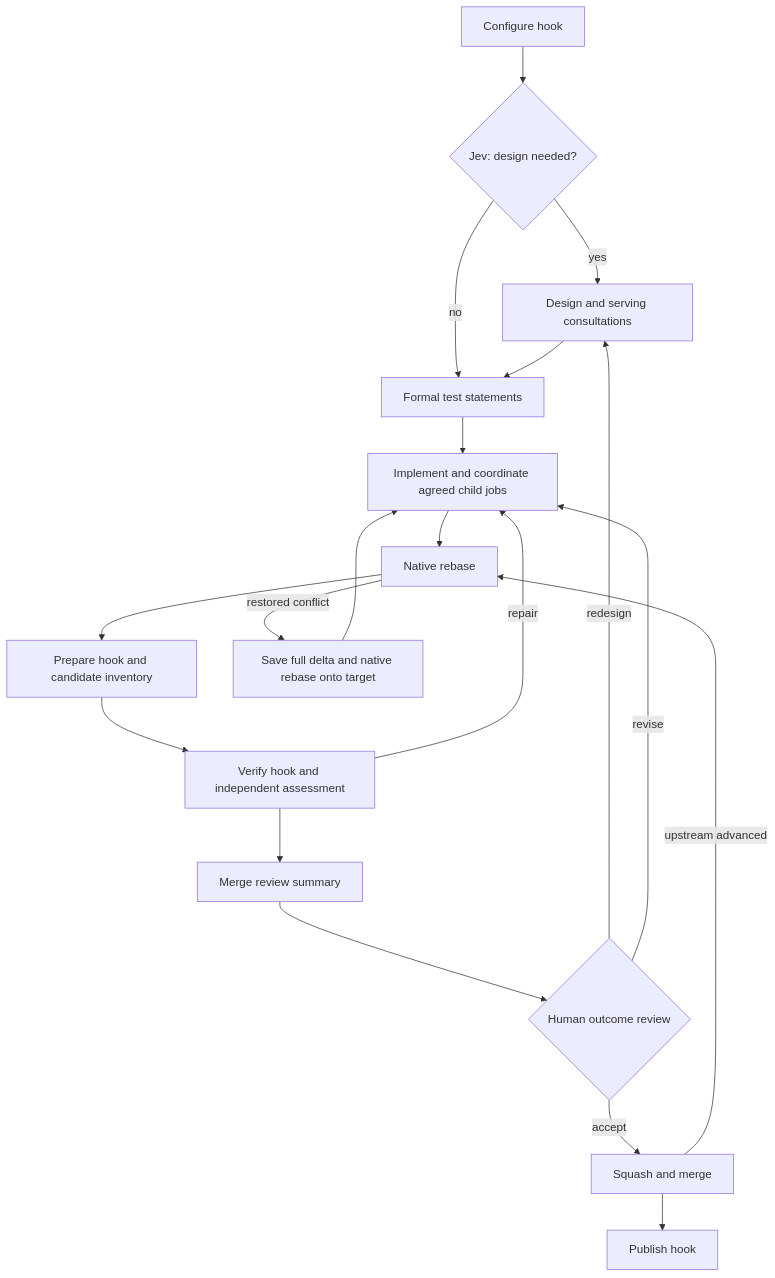
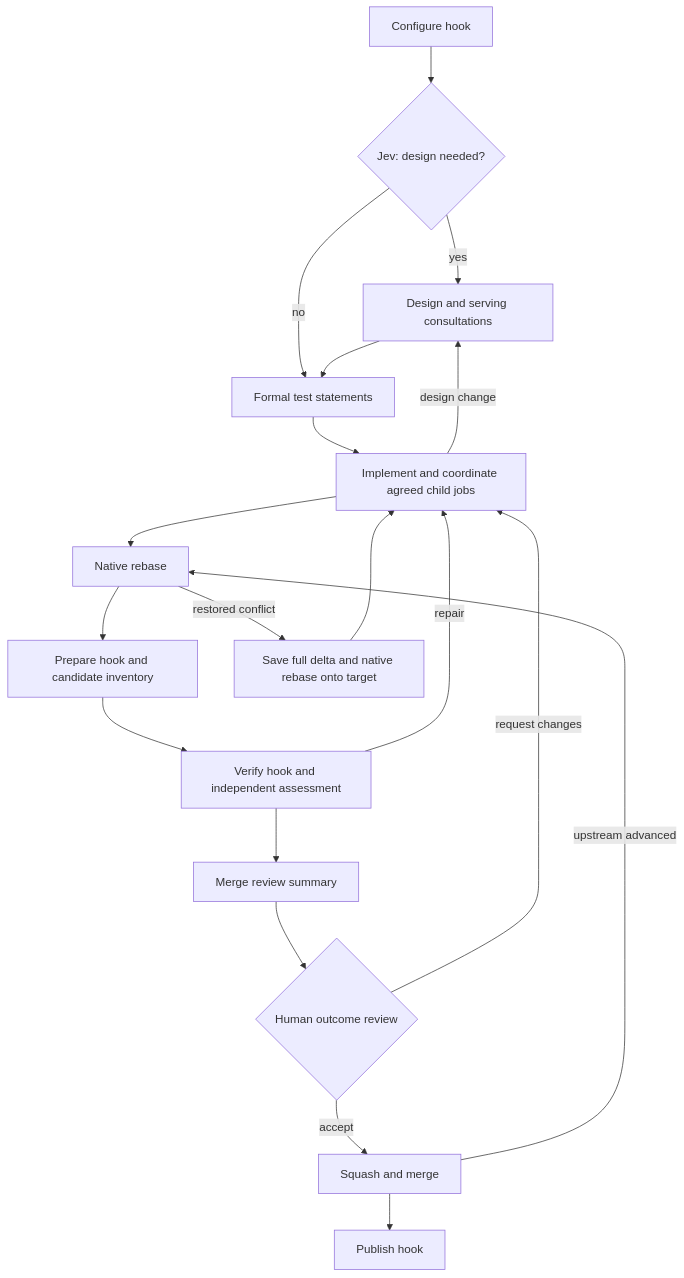
One commit to colony-2/recipes changed the diagram in recipes/adaptive/README.md. Above: the diagram before and after it, drawn with Mermaid. The commit also changed other lines of this file and 85 other files, not shown here.

````diff
--- a/recipes/adaptive/README.md
+++ b/recipes/adaptive/README.md
@@ -11,21 +16,21 @@
 ```mermaid
 flowchart TD
   C[Configure hook] --> J{Jev: design needed?}
   J -->|yes| D[Design and serving consultations]
   J -->|no| T[Formal test statements]
   D --> T
   T --> W[Implement and coordinate agreed child jobs]
   W --> R[Native rebase]
   R --> P[Prepare hook and candidate inventory]
   P --> V[Verify hook and independent assessment]
   V -->|repair| W
   V --> S[Merge review summary]
   S --> H{Human outcome review}
-  H -->|redesign| D
-  H -->|revise| W
+  H -->|request changes| W
+  W -->|design change| D
   H -->|accept| M[Squash and merge]
   M -->|upstream advanced| R
   M --> U[Publish hook]
   R -->|restored conflict| F[Save full delta and native rebase onto target]
   F --> W
 ```
````
